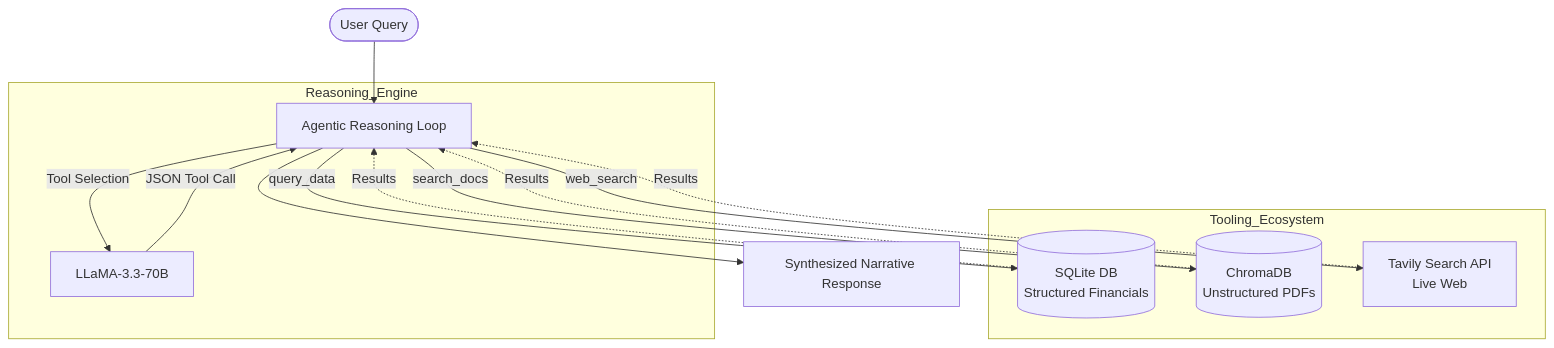
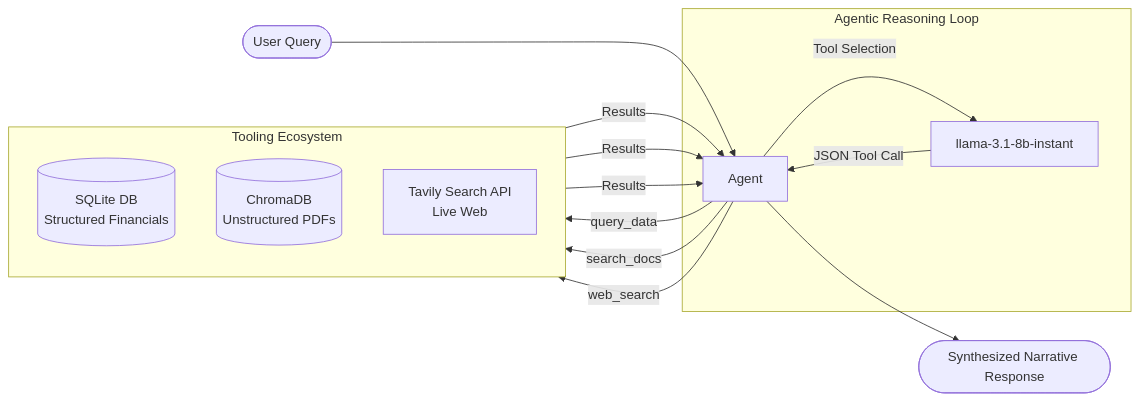
Before and after one commit to krishna221638/agentic-rag-system: the diagram in README.md, drawn with Mermaid. The commit also changed other lines of this file, not shown here.

Commit message:
docs: update README with Llama-3.1-8b engine specs

````diff
--- a/README.md
+++ b/README.md
@@ -9,21 +9,26 @@
 ```mermaid
-graph TD
-    User([User Query]) --> Agent[Agentic Reasoning Loop]
+flowchart LR
+    User([User Query]) --> Agent
 
-    subgraph Reasoning_Engine
-        Agent -- Tool Selection --> LLM[LLaMA-3.3-70B]
-        LLM -- JSON Tool Call --> Agent
+    subgraph Agent_Core[Agentic Reasoning Loop]
+        Agent -->|Tool Selection| LLM[llama-3.1-8b-instant]
+        LLM -->|JSON Tool Call| Agent
     end
 
-    subgraph Tooling_Ecosystem
-        Agent -- query_data --> SQLite[(SQLite DB<br>Structured Financials)]
-        Agent -- search_docs --> ChromaDB[(ChromaDB<br>Unstructured PDFs)]
-        Agent -- web_search --> Tavily[Tavily Search API<br>Live Web]
+    subgraph Tools[Tooling Ecosystem]
+        direction TB
+        SQL[(SQLite DB<br>Structured Financials)]
+        VDB[(ChromaDB<br>Unstructured PDFs)]
+        WEB[Tavily Search API<br>Live Web]
     end
 
-    SQLite -. Results .-> Agent
-    ChromaDB -. Results .-> Agent
-    Tavily -. Results .-> Agent
+    Agent -->|query_data| SQL
+    Agent -->|search_docs| VDB
+    Agent -->|web_search| WEB
 
-    Agent --> Final[Synthesized Narrative Response]
+    SQL -->|Results| Agent
+    VDB -->|Results| Agent
+    WEB -->|Results| Agent
+
+    Agent --> Final([Synthesized Narrative Response])
 ```
````
